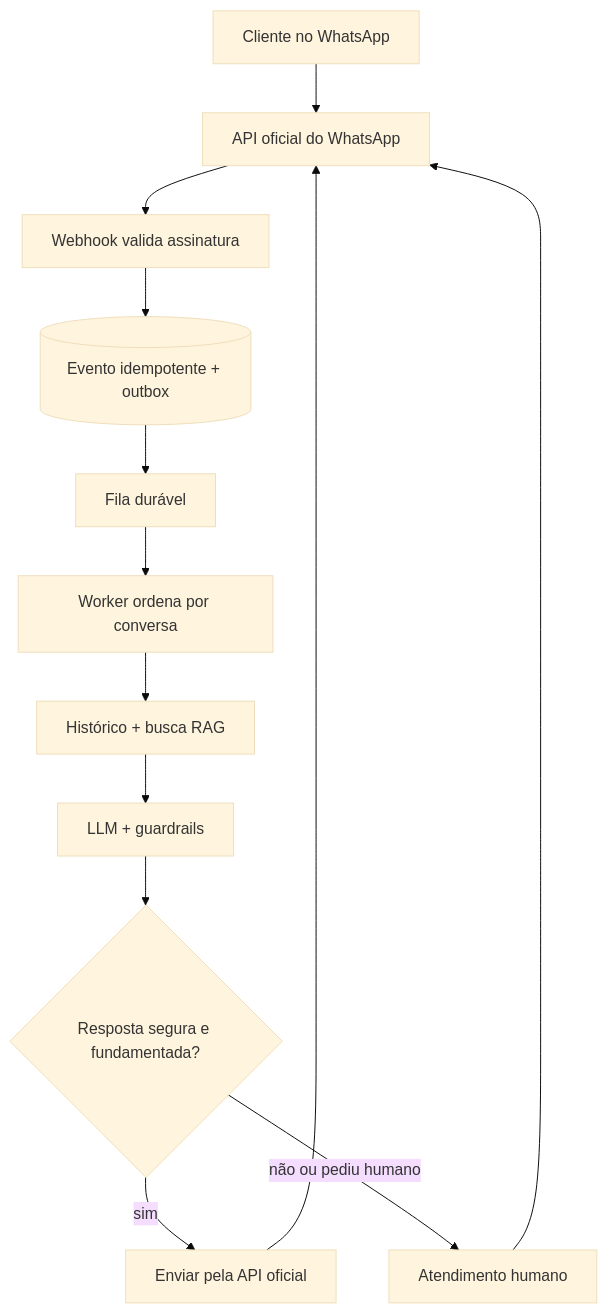
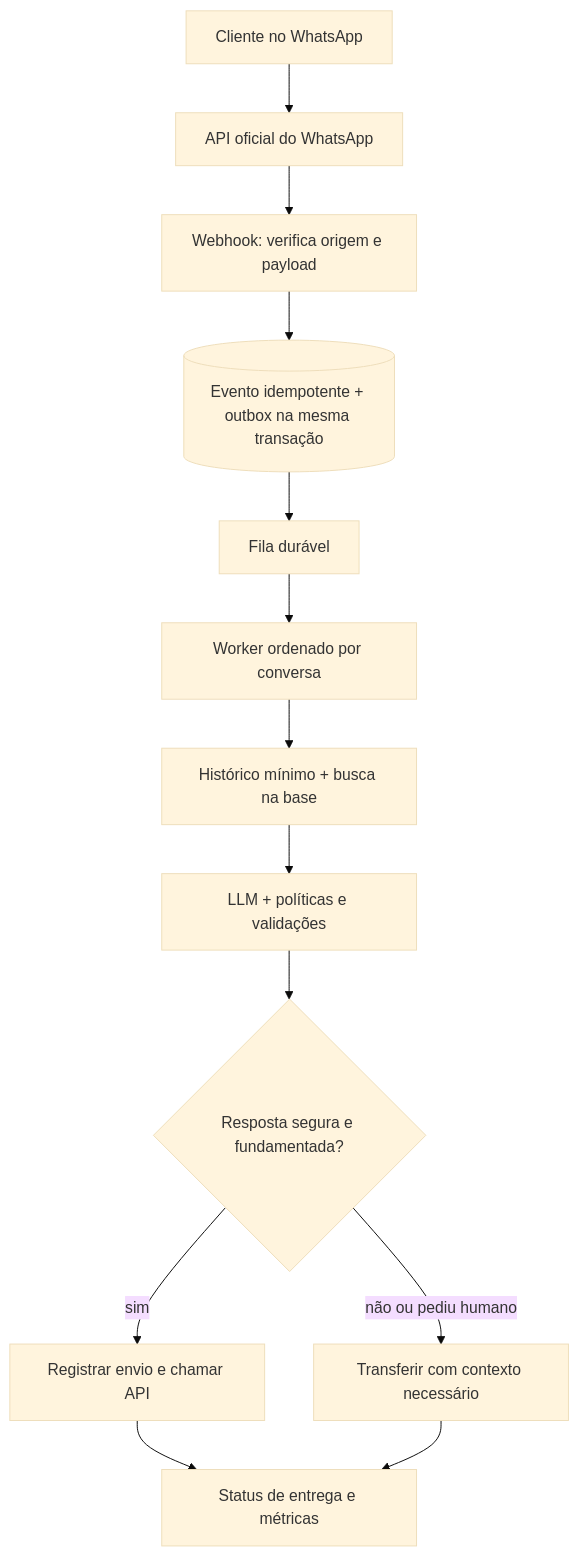
One commit to GabrielAraujoGit/Questions changed the first of 3 diagrams in README.md. Above: the diagram before and after it, drawn with Mermaid (base theme). The commit also changed other lines of this file, not shown here.

Commit message:
Expandir respostas com raciocinio tecnico

````diff
--- a/README.md
+++ b/README.md
@@ -35,15 +25,15 @@
 ```mermaid
 flowchart TD
     A[Cliente no WhatsApp] --> B[API oficial do WhatsApp]
-    B --> C[Webhook valida assinatura]
-    C --> D[(Evento idempotente + outbox)]
+    B --> C[Webhook: verifica origem e payload]
+    C --> D[(Evento idempotente + outbox na mesma transação)]
     D --> E[Fila durável]
-    E --> F[Worker ordena por conversa]
-    F --> G[Histórico + busca RAG]
-    G --> H[LLM + guardrails]
+    E --> F[Worker ordenado por conversa]
+    F --> G[Histórico mínimo + busca na base]
+    G --> H[LLM + políticas e validações]
     H --> I{Resposta segura e fundamentada?}
-    I -->|sim| J[Enviar pela API oficial]
-    I -->|não ou pediu humano| K[Atendimento humano]
-    J --> B
-    K --> B
+    I -->|sim| J[Registrar envio e chamar API]
+    I -->|não ou pediu humano| K[Transferir com contexto necessário]
+    J --> L[Status de entrega e métricas]
+    K --> L
 ```
````
